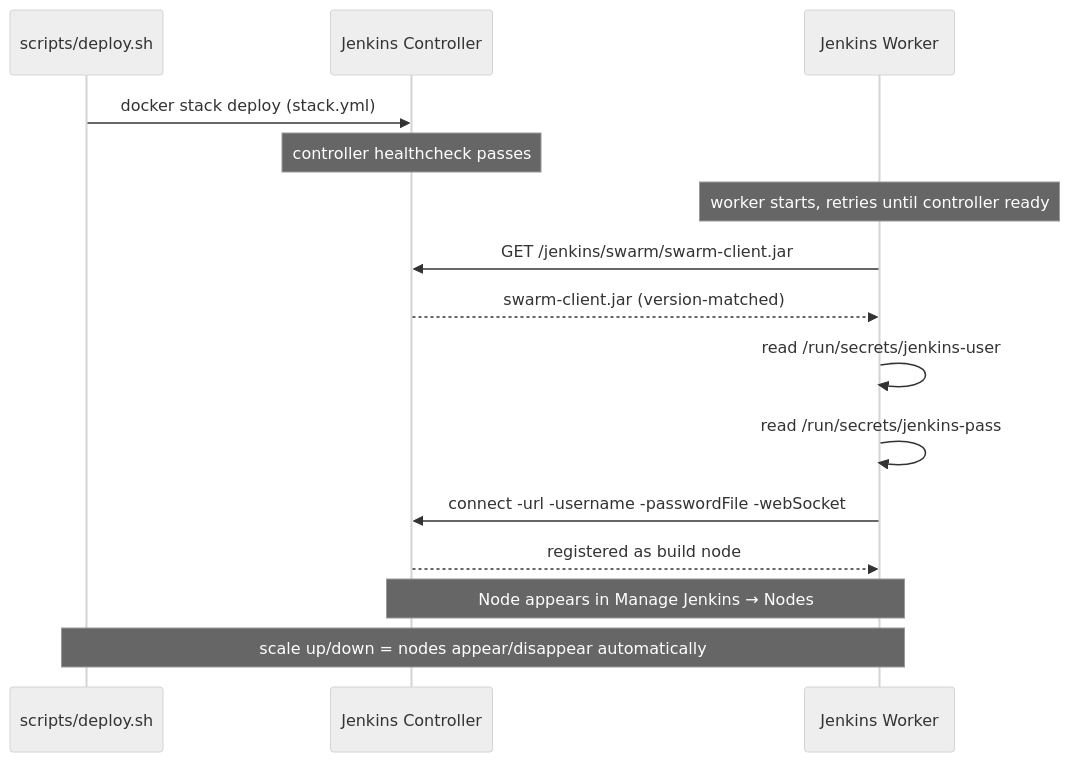
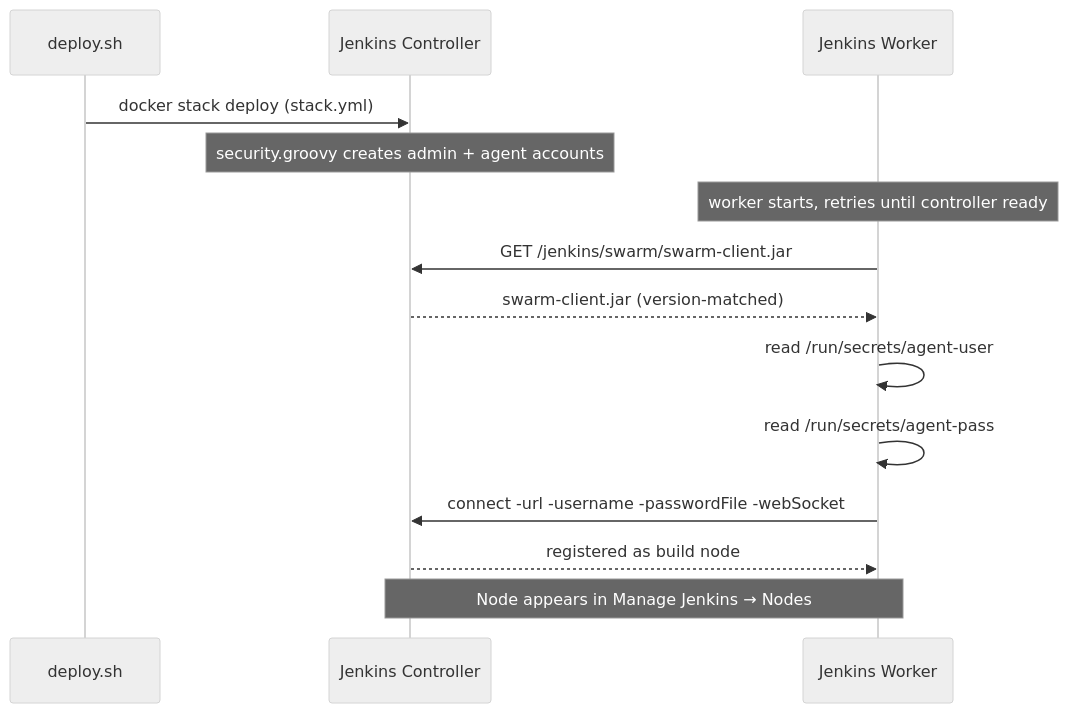
Before and after one commit to sangharshcs/deploy-jenkins: the second of 3 diagrams in README.md, drawn with Mermaid (neutral theme). The commit also changed other lines of this file and 10 other files, not shown here.

````diff
--- a/README.md
+++ b/README.md
@@ -151,22 +147,21 @@
 ```mermaid
 sequenceDiagram
-    participant S as scripts/deploy.sh
+    participant S as deploy.sh
     participant C as Jenkins Controller
     participant W as Jenkins Worker
 
     S->>C: docker stack deploy (stack.yml)
-    Note over C: controller healthcheck passes
+    Note over C: security.groovy creates admin + agent accounts
     Note over W: worker starts, retries until controller ready
 
     W->>C: GET /jenkins/swarm/swarm-client.jar
     C-->>W: swarm-client.jar (version-matched)
 
-    W->>W: read /run/secrets/jenkins-user
-    W->>W: read /run/secrets/jenkins-pass
+    W->>W: read /run/secrets/agent-user
+    W->>W: read /run/secrets/agent-pass
 
     W->>C: connect -url -username -passwordFile -webSocket
     C-->>W: registered as build node
 
     Note over C,W: Node appears in Manage Jenkins → Nodes
-    Note over S,W: scale up/down = nodes appear/disappear automatically
 ```
````
